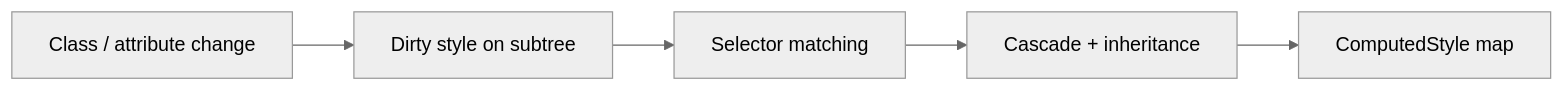
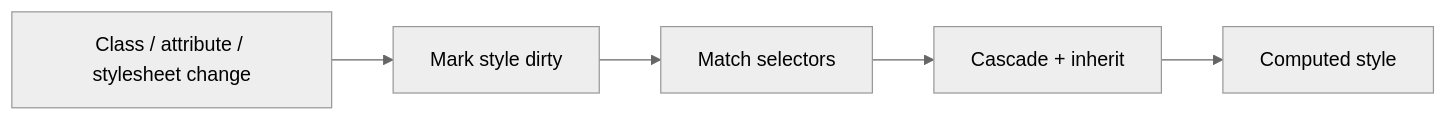
The third of 6 diagrams in docs/browser/02-rendering-pipeline.md (prajjwaljogdand/FullstackPreparation), drawn with Mermaid (neutral theme) before and after one commit. The commit also changed other lines of this file and 91 other files, not shown here.

````diff
--- a/docs/browser/02-rendering-pipeline.md
+++ b/docs/browser/02-rendering-pipeline.md
@@ -61,7 +144,7 @@
 ```mermaid
 flowchart LR
-  Change[Class / attribute change] --> Dirty[Dirty style on subtree]
-  Dirty --> Match[Selector matching]
-  Match --> Cascade[Cascade + inheritance]
-  Cascade --> Computed[ComputedStyle map]
+  Change["Class / attribute / stylesheet change"] --> Dirty["Mark style dirty"]
+  Dirty --> Match["Match selectors"]
+  Match --> Cascade["Cascade + inherit"]
+  Cascade --> Computed["Computed style"]
 ```
````
